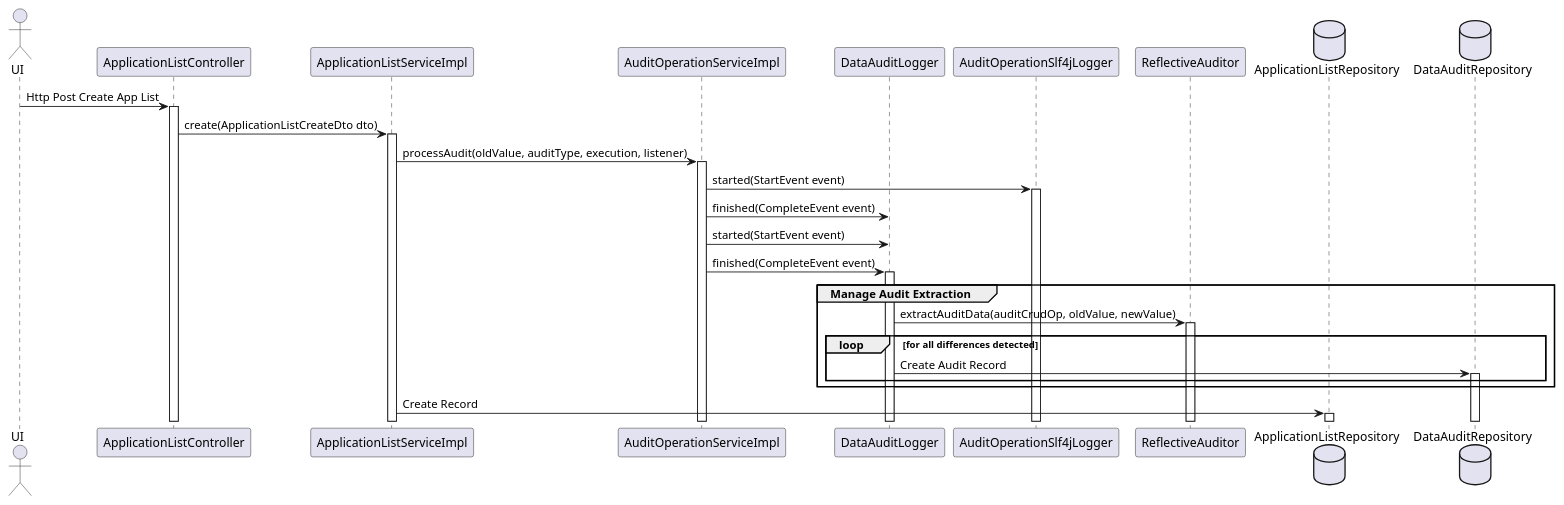
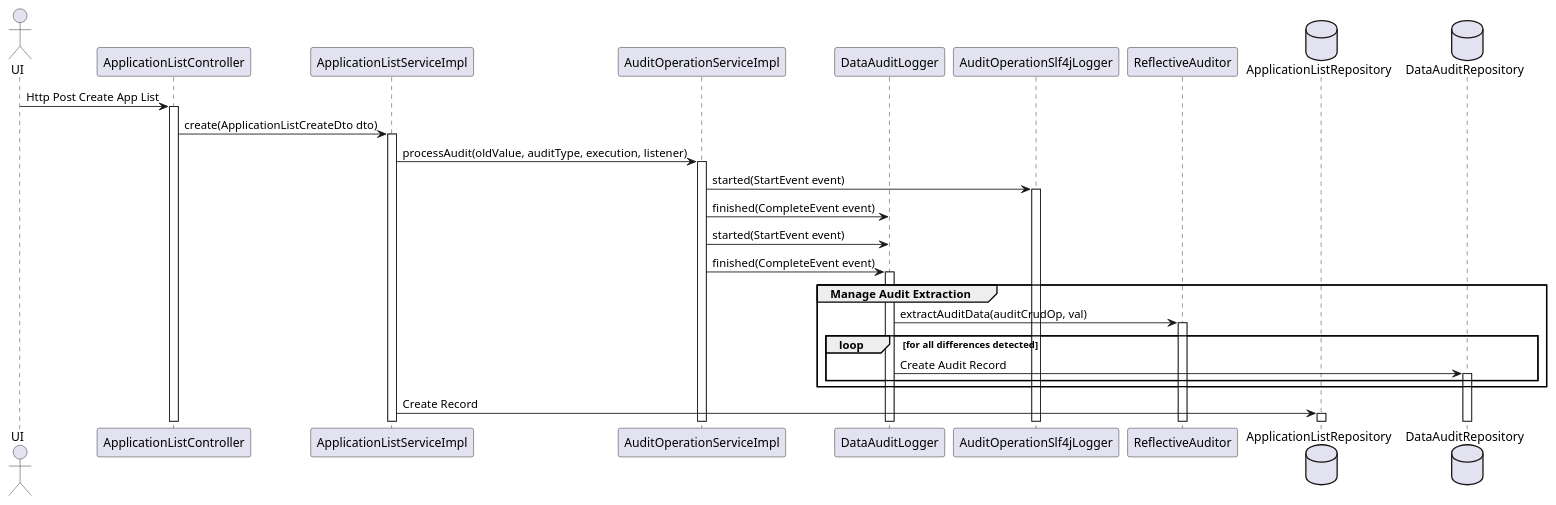
One commit to uk-gov-mirror/hmcts.appreg-api changed the diagram in design/audit_seq.puml. Above: the diagram before and after it, drawn with PlantUML. The commit also changed 3 other files, not shown here.

Commit message:
Add new UML diagrams

```diff
--- a/design/audit_seq.puml
+++ b/design/audit_seq.puml
@@ -1,49 +1,49 @@
 @startuml
 
 
 
 actor UI
 participant ApplicationListController
 participant ApplicationListServiceImpl
 participant AuditOperationServiceImpl
 participant DataAuditLogger
 participant AuditOperationSlf4jLogger
 
 UI->ApplicationListController : Http Post Create App List
 activate  ApplicationListController
 ApplicationListController -> ApplicationListServiceImpl : create(ApplicationListCreateDto dto)
 activate  ApplicationListServiceImpl
 
 ApplicationListServiceImpl -> AuditOperationServiceImpl : processAudit(oldValue, auditType, execution, listener)
 activate  AuditOperationServiceImpl
 
 AuditOperationServiceImpl -> AuditOperationSlf4jLogger : started(StartEvent event)
 activate  AuditOperationSlf4jLogger
 
 
 AuditOperationServiceImpl -> DataAuditLogger : finished(CompleteEvent event)
 AuditOperationServiceImpl -> DataAuditLogger : started(StartEvent event)
 
 AuditOperationServiceImpl -> DataAuditLogger : finished(CompleteEvent event)
 activate  DataAuditLogger
 
 group Manage Audit Extraction
-DataAuditLogger -> ReflectiveAuditor : extractAuditData(auditCrudOp, oldValue, newValue)
+DataAuditLogger -> ReflectiveAuditor : extractAuditData(auditCrudOp, val)
     loop for all differences detected
 
 
 activate  ReflectiveAuditor
 
 database ApplicationListRepository
 
 
 database DataAuditRepository
 
 DataAuditLogger -> DataAuditRepository : Create Audit Record
 activate  DataAuditRepository
     end
 end
 ApplicationListServiceImpl -> ApplicationListRepository : Create Record
 activate  ApplicationListRepository
 
 @enduml
```
